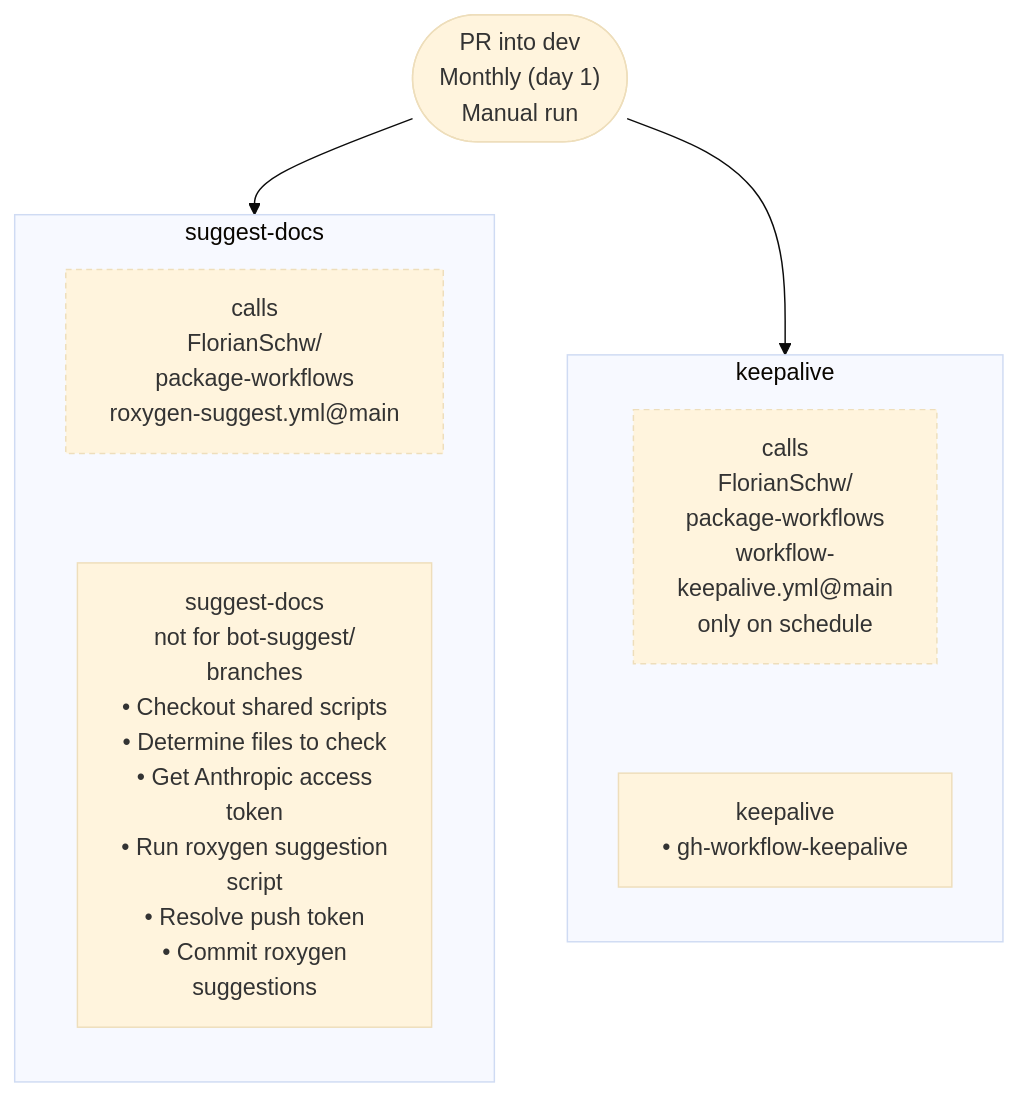
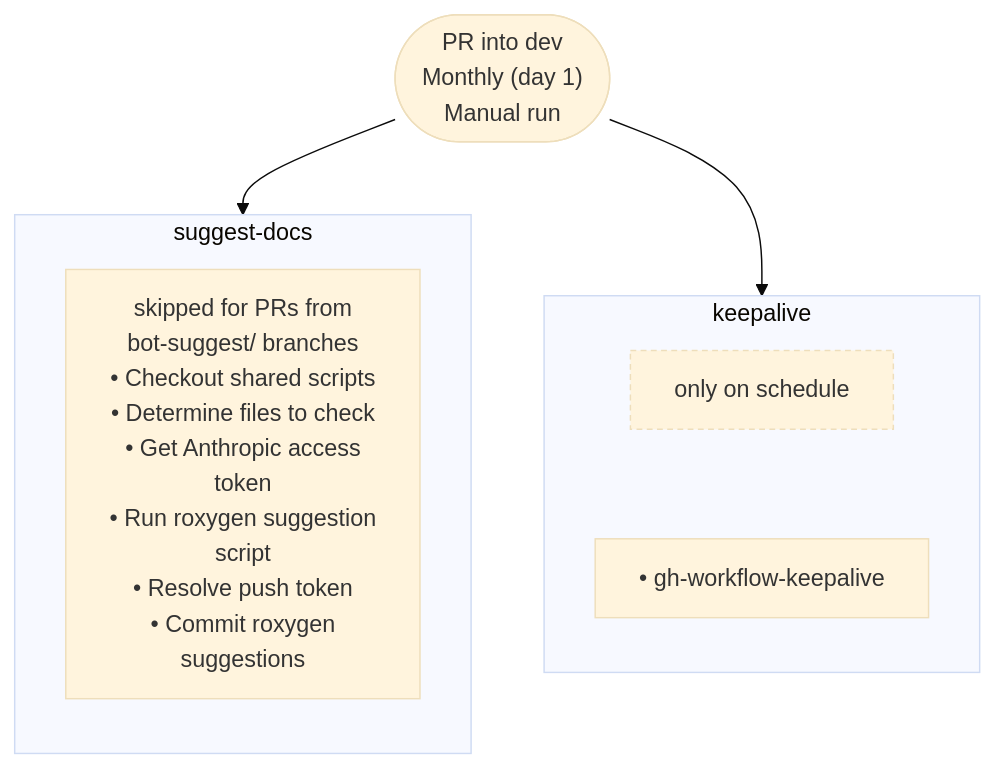
One commit to nfdi4health/dsSupportClient changed the eighth of 15 diagrams in .github/workflow-graphs/README.md. Above: the diagram before and after it, drawn with Mermaid (base theme). The commit also changed other lines of this file, not shown here.

Commit message:
docs: update workflow diagrams

````diff
--- a/.github/workflow-graphs/README.md
+++ b/.github/workflow-graphs/README.md
@@ -207,19 +186,17 @@
 ```mermaid
 flowchart TD
   start(["PR into dev<br/>Monthly (day 1)<br/>Manual run"])
   subgraph job_suggest_docs ["suggest-docs"]
     direction TB
-    job_suggest_docs__ref["calls<br/>FlorianSchw/<br/>package-workflows<br/>roxygen-suggest.yml@main"]:::refnote
-    job_suggest_docs__suggest_docs["suggest-docs<br/>not for bot-suggest/<br/>branches<br/>• Checkout shared scripts<br/>• Determine files to check<br/>• Get Anthropic access<br/>token<br/>• Run roxygen suggestion<br/>script<br/>• Resolve push token<br/>• Commit roxygen<br/>suggestions"]
-    job_suggest_docs__ref ~~~ job_suggest_docs__suggest_docs
+    job_suggest_docs__suggest_docs["skipped for PRs from<br/>bot-suggest/ branches<br/>• Checkout shared scripts<br/>• Determine files to check<br/>• Get Anthropic access<br/>token<br/>• Run roxygen suggestion<br/>script<br/>• Resolve push token<br/>• Commit roxygen<br/>suggestions"]
   end
   start --> job_suggest_docs
   subgraph job_keepalive ["keepalive"]
     direction TB
-    job_keepalive__ref["calls<br/>FlorianSchw/<br/>package-workflows<br/>workflow-<br/>keepalive.yml@main<br/>only on schedule"]:::refnote
-    job_keepalive__keepalive["keepalive<br/>• gh-workflow-keepalive"]
-    job_keepalive__ref ~~~ job_keepalive__keepalive
+    job_keepalive__cond["only on schedule"]:::condnote
+    job_keepalive__keepalive["• gh-workflow-keepalive"]
+    job_keepalive__cond ~~~ job_keepalive__keepalive
   end
   start --> job_keepalive
-  classDef refnote stroke-dasharray: 4 3
+  classDef condnote stroke-dasharray: 4 3
 ```
````
